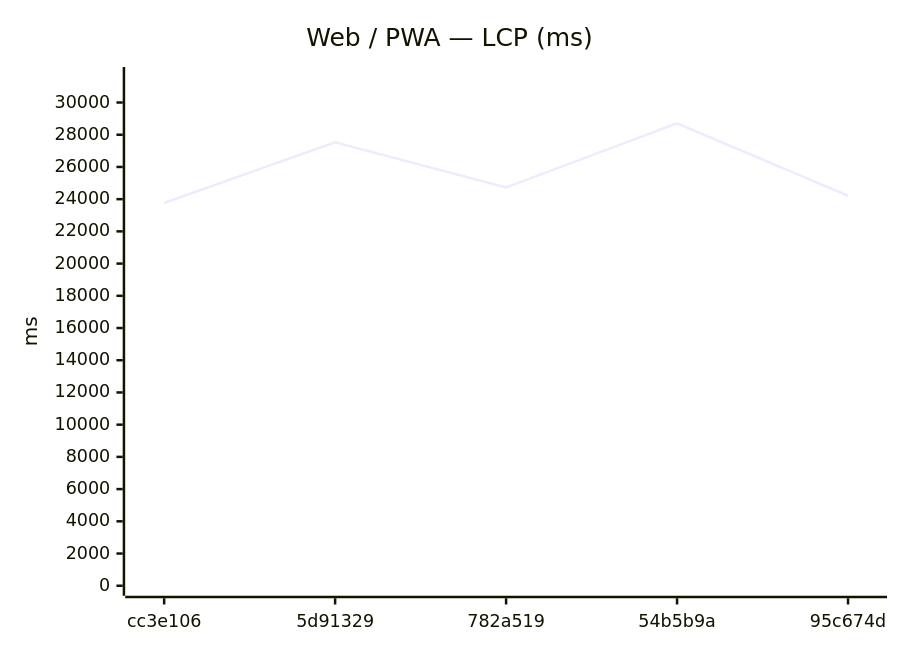
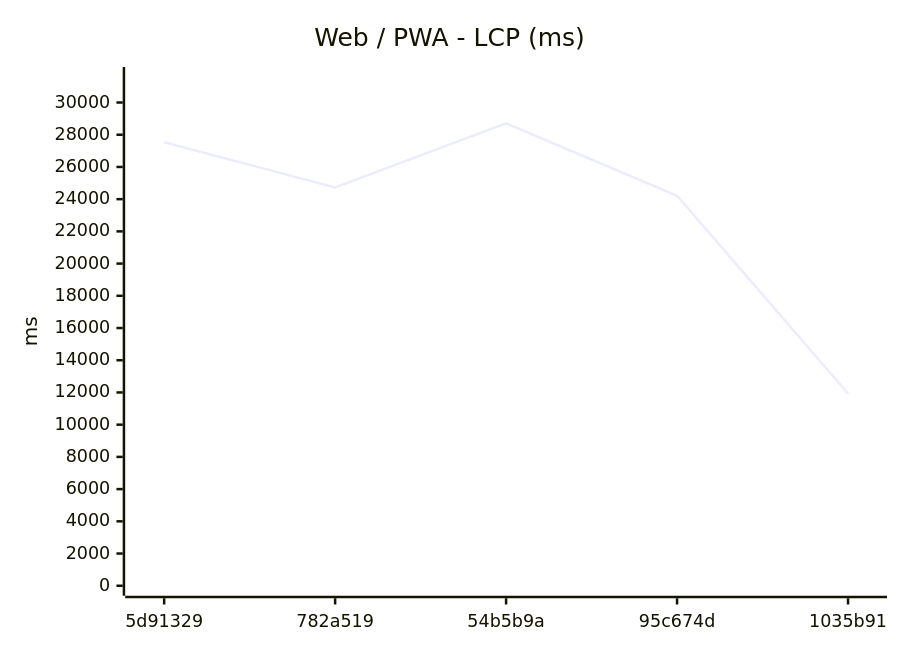
The seventh of 18 diagrams in benchmarks/compare.md (Metaheurist/Rianell), drawn with Mermaid before and after one commit. The commit also changed other lines of this file and 294 other files, not shown here.

````diff
--- a/benchmarks/compare.md
+++ b/benchmarks/compare.md
@@ -117,7 +117,7 @@
 ```mermaid
 xychart-beta
-    title "Web / PWA — LCP (ms)"
-    x-axis ["cc3e106", "5d91329", "782a519", "54b5b9a", "95c674d"]
+    title "Web / PWA - LCP (ms)"
+    x-axis ["5d91329", "782a519", "54b5b9a", "95c674d", "1035b91"]
     y-axis "ms" 0 --> 31584
-    line [23765, 27536, 24725, 28712, 24213]
+    line [27536, 24725, 28712, 24213, 11936]
 ```
````
